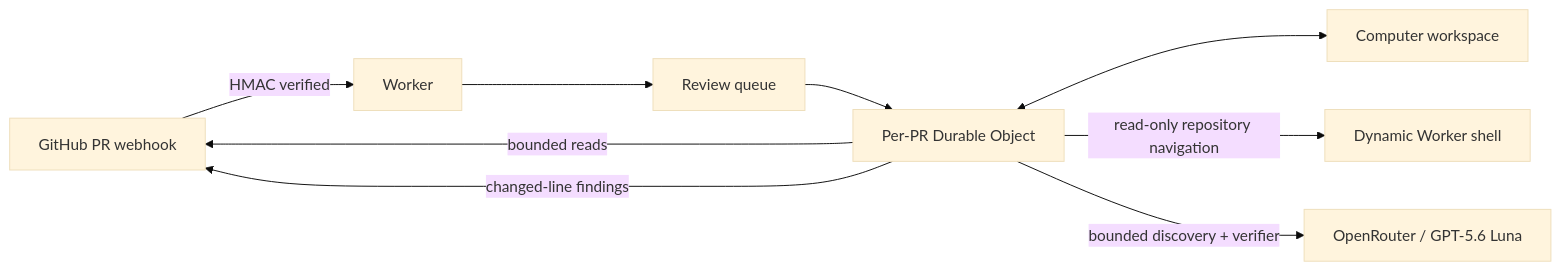
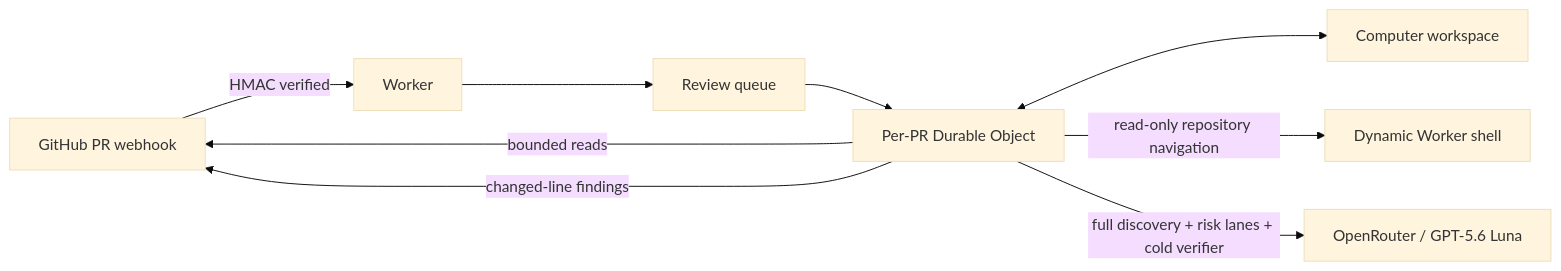
The diagram in README.md (Derpedyea/gaston), drawn with Mermaid (base theme) before and after one commit. The commit also changed other lines of this file and 11 other files, not shown here.

First line of the commit message:
Add evolution-aware risk lanes and merge verdict checks

````diff
--- a/README.md
+++ b/README.md
@@ -61,11 +69,11 @@
 ```mermaid
 flowchart LR
   GH[GitHub PR webhook] -->|HMAC verified| W[Worker]
   W --> Q[Review queue]
   Q --> DO[Per-PR Durable Object]
   DO <--> FS[Computer workspace]
   DO -->|read-only repository navigation| DW[Dynamic Worker shell]
   DO -->|bounded reads| GH
-  DO -->|bounded discovery + verifier| OR[OpenRouter / GPT-5.6 Luna]
+  DO -->|full discovery + risk lanes + cold verifier| OR[OpenRouter / GPT-5.6 Luna]
   DO -->|changed-line findings| GH
 ```
````
